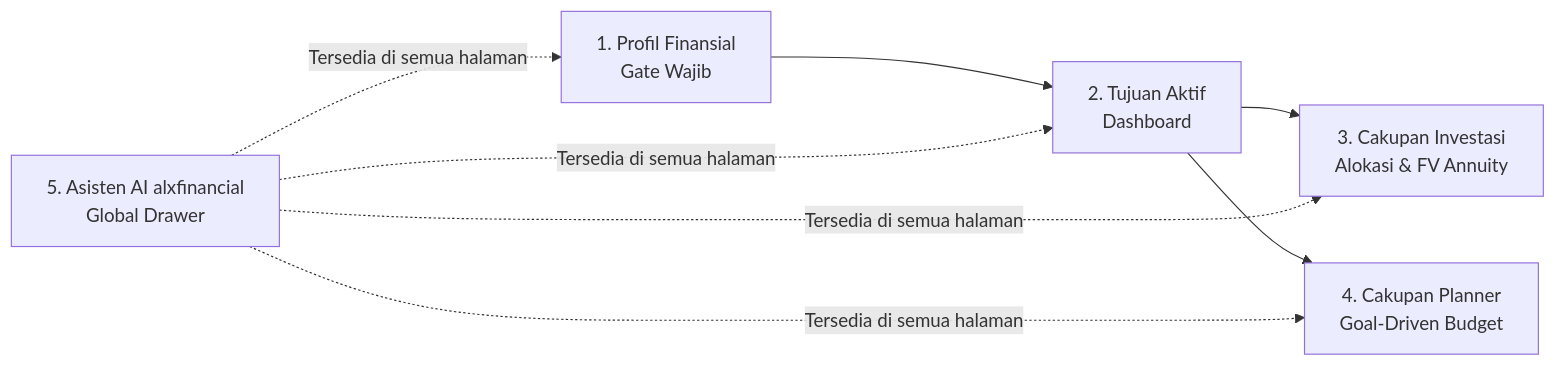
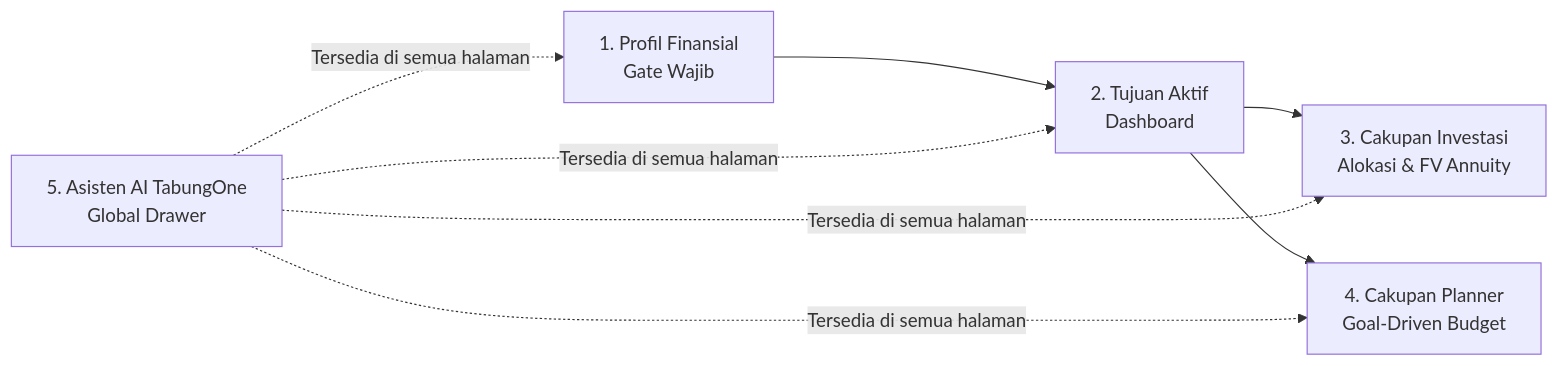
Before and after one commit to alxtim10/financial-planner: the diagram in PRD.md, drawn with Mermaid. The commit also changed other lines of this file and 5 other files, not shown here.

````diff
--- a/PRD.md
+++ b/PRD.md
@@ -23,7 +23,7 @@
 ```mermaid
 flowchart LR
     A[1. Profil Finansial\nGate Wajib] --> B[2. Tujuan Aktif\nDashboard]
     B --> C[3. Cakupan Investasi\nAlokasi & FV Annuity]
     B --> D[4. Cakupan Planner\nGoal-Driven Budget]
-    E[5. Asisten AI alxfinancial\nGlobal Drawer] -.Tersedia di semua halaman.-> A & B & C & D
+    E[5. Asisten AI TabungOne\nGlobal Drawer] -.Tersedia di semua halaman.-> A & B & C & D
 ```
````
